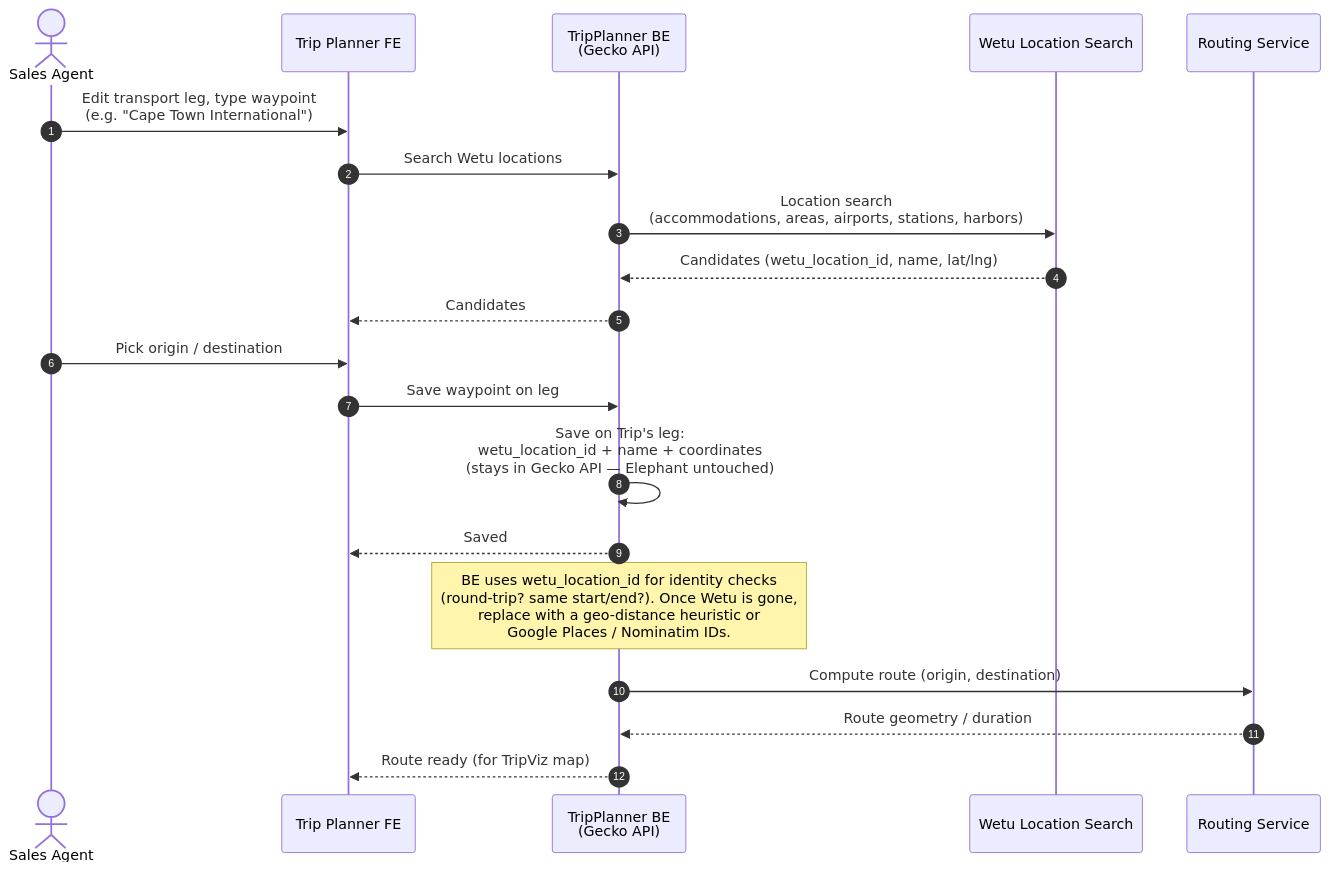
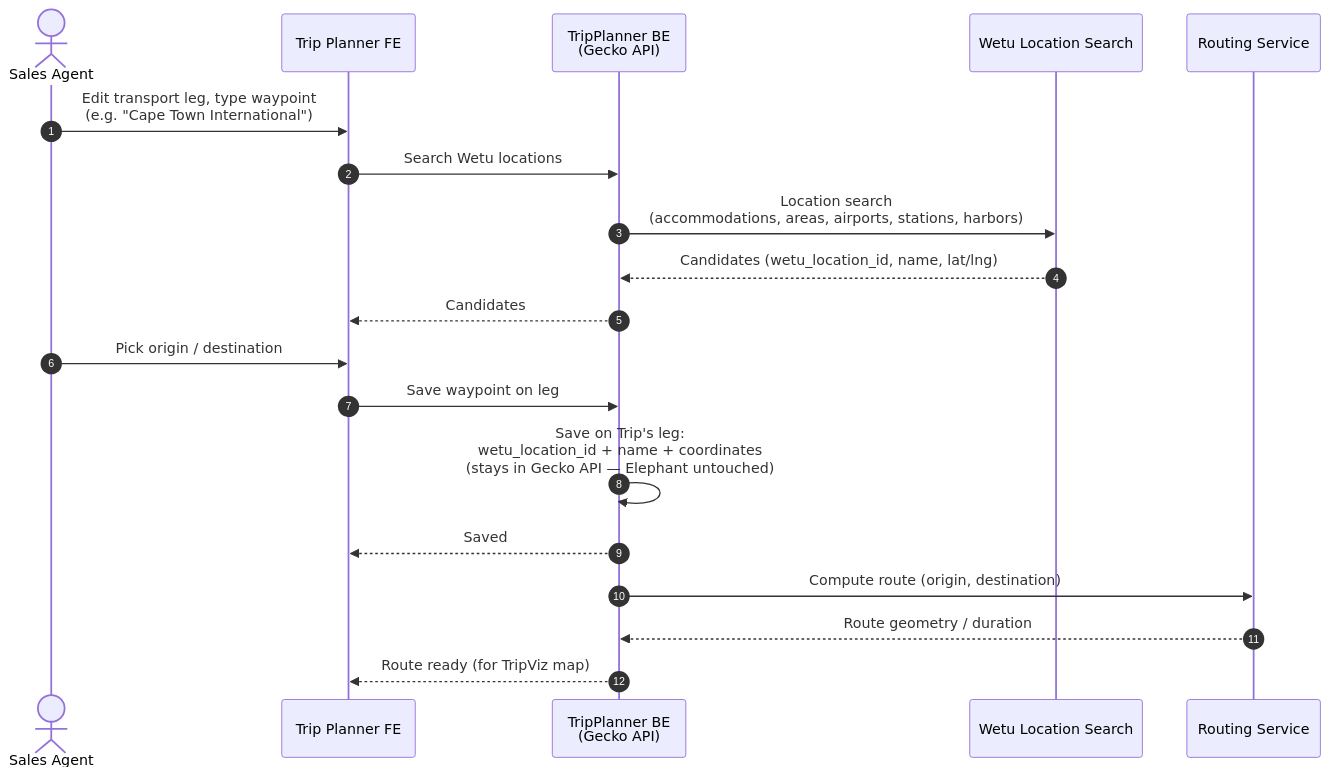
One commit to kliuchnikau-tourlane/ClaudeCowork changed the fifth of 5 diagrams in OUTPUTS/2026-04-24_TripPlannerWetu-sequence-diagrams/TripPlannerWetu_Confluence.md. Above: the diagram before and after it, drawn with Mermaid. The commit also changed other lines of this file and 5 other files, not shown here.

````diff
--- a/OUTPUTS/2026-04-24_TripPlannerWetu-sequence-diagrams/TripPlannerWetu_Confluence.md
+++ b/OUTPUTS/2026-04-24_TripPlannerWetu-sequence-diagrams/TripPlannerWetu_Confluence.md
@@ -262,26 +263,24 @@
 ```mermaid
 sequenceDiagram
     autonumber
     actor Agent as Sales Agent
     participant TP as Trip Planner FE
     participant BE as TripPlanner BE<br/>(Gecko API)
     participant Wetu as Wetu Location Search
     participant RS as Routing Service
 
     Agent->>TP: Edit transport leg, type waypoint<br/>(e.g. "Cape Town International")
     TP->>BE: Search Wetu locations
     BE->>Wetu: Location search<br/>(accommodations, areas, airports, stations, harbors)
     Wetu-->>BE: Candidates (wetu_location_id, name, lat/lng)
     BE-->>TP: Candidates
 
     Agent->>TP: Pick origin / destination
     TP->>BE: Save waypoint on leg
     BE->>BE: Save on Trip's leg:<br/>wetu_location_id + name + coordinates<br/>(stays in Gecko API — Elephant untouched)
     BE-->>TP: Saved
 
-    Note over BE: BE uses wetu_location_id for identity checks<br/>(round-trip? same start/end?). Once Wetu is gone,<br/>replace with a geo-distance heuristic or<br/>Google Places / Nominatim IDs.
-
     BE->>RS: Compute route (origin, destination)
     RS-->>BE: Route geometry / duration
     BE-->>TP: Route ready (for TripViz map)
 ```
````
